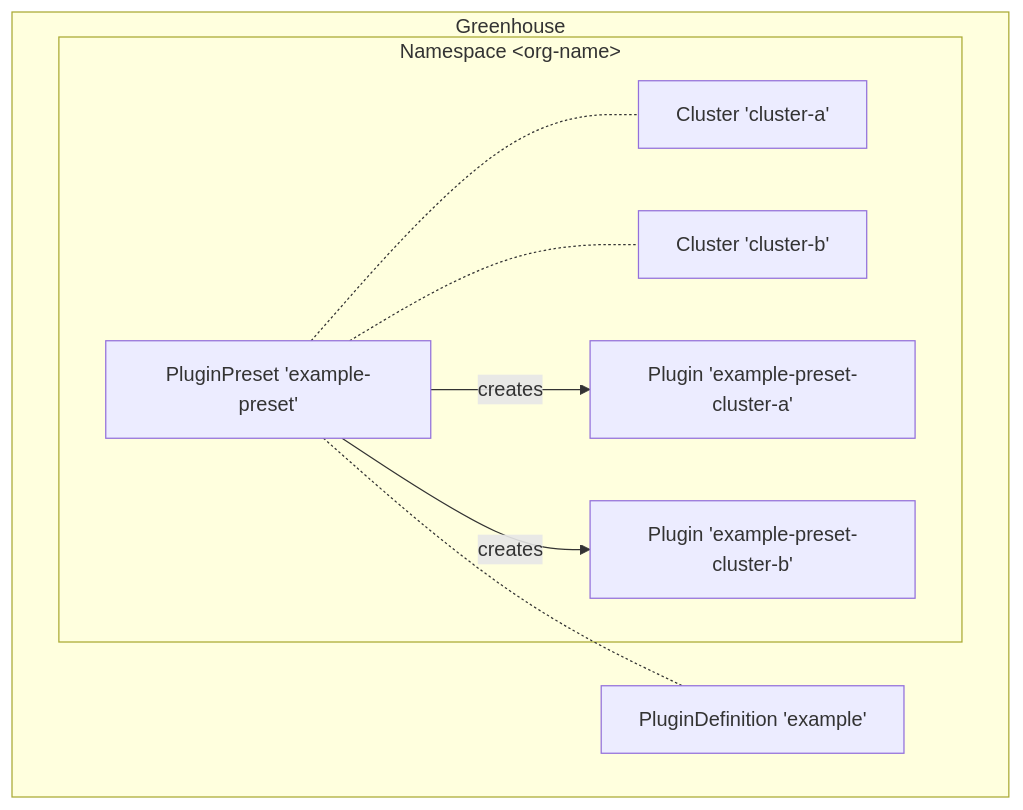
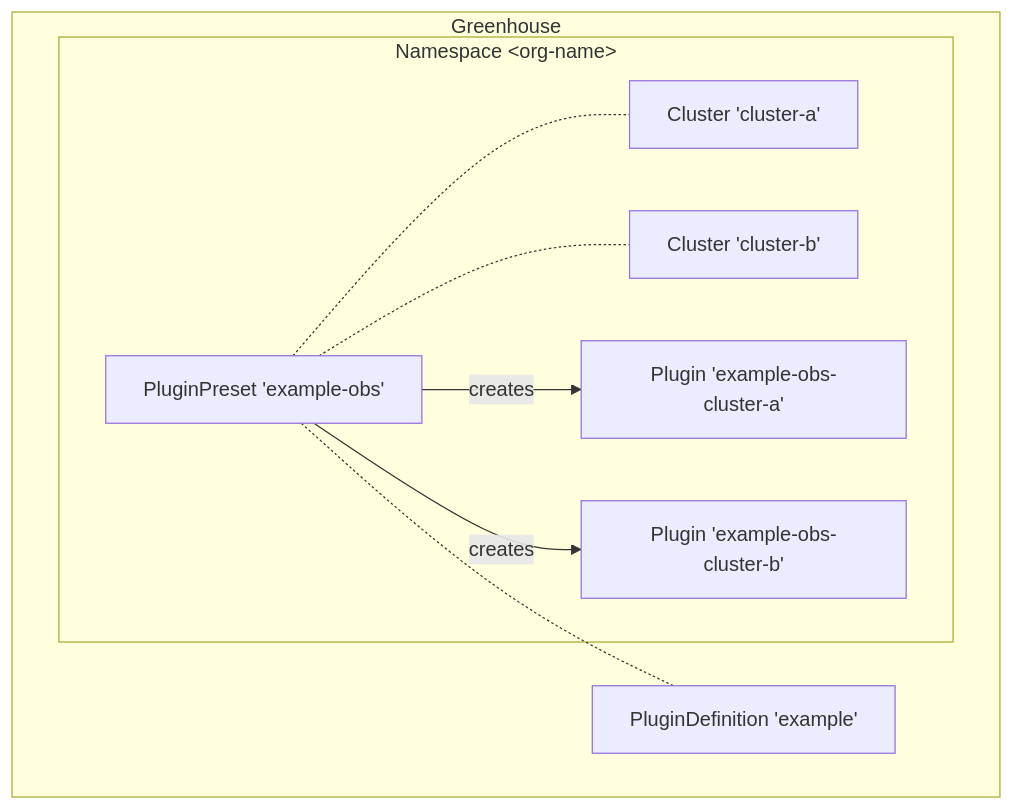
Before and after one commit to cloudoperators/greenhouse: the second of 2 diagrams in docs/getting-started/core-concepts/plugins.md, drawn with Mermaid. The commit also changed other lines of this file, not shown here.

Commit message:
refactor(docs): update plugin examples in plugins.md

````diff
--- a/docs/getting-started/core-concepts/plugins.md
+++ b/docs/getting-started/core-concepts/plugins.md
@@ -48,19 +48,19 @@
 ```mermaid
 flowchart TB
-  subgraph "Greenhouse" 
+  subgraph "Greenhouse"
     pluginDefinition[PluginDefinition 'example']
-    subgraph "Namespace &lt;org-name&gt;"  
-        pluginPreset[PluginPreset 'example-preset']
+    subgraph "Namespace &lt;org-name&gt;"
+        pluginPreset[PluginPreset 'example-obs']
         clusterA[Cluster 'cluster-a']
         clusterB[Cluster 'cluster-b']
-        plugin1[Plugin 'example-preset-cluster-a']
-        plugin2[Plugin 'example-preset-cluster-b']
+        plugin1[Plugin 'example-obs-cluster-a']
+        plugin2[Plugin 'example-obs-cluster-b']
     end
   end
 
   pluginPreset -.- clusterA
   pluginPreset -.- clusterB
   pluginPreset -.- pluginDefinition
   pluginPreset --"creates"--> plugin1
   pluginPreset --"creates"--> plugin2
 ```
````
